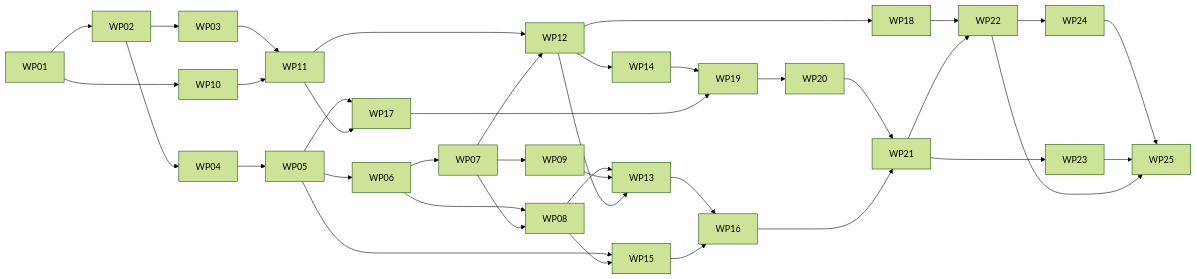
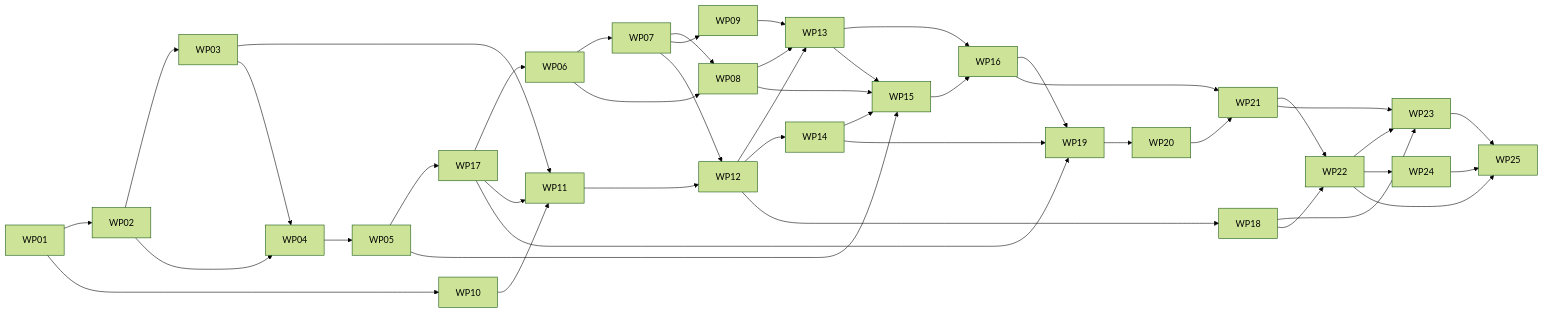
The diagram in kitty-specs/charter-pack-cutover-01M491G6/tasks.md (anushkaanair/spec-kitty), drawn with Mermaid (forest theme) before and after one commit. The commit also changed other lines of this file and 18 other files, not shown here.

````diff
--- a/kitty-specs/charter-pack-cutover-01M491G6/tasks.md
+++ b/kitty-specs/charter-pack-cutover-01M491G6/tasks.md
@@ -454,28 +458,33 @@
 ```mermaid
 graph LR
   WP01 --> WP02 --> WP03 --> WP11
-  WP02 --> WP04 --> WP05 --> WP06 --> WP07
+  WP02 --> WP04 --> WP05 --> WP17 --> WP06 --> WP07
+  WP03 --> WP04
   WP05 --> WP15
   WP06 --> WP08
   WP07 --> WP08
   WP07 --> WP09
   WP01 --> WP10 --> WP11 --> WP12
   WP07 --> WP12
   WP08 --> WP13
   WP09 --> WP13
   WP12 --> WP13
   WP12 --> WP14
   WP08 --> WP15
   WP13 --> WP16
   WP15 --> WP16
-  WP05 --> WP17
-  WP11 --> WP17
+  WP17 --> WP11
+  WP13 --> WP15
+  WP14 --> WP15
+  WP16 --> WP19
+  WP18 --> WP23
+  WP22 --> WP23
   WP12 --> WP18
   WP14 --> WP19
   WP17 --> WP19 --> WP20 --> WP21
   WP16 --> WP21
   WP18 --> WP22
   WP21 --> WP22 --> WP24 --> WP25
   WP21 --> WP23 --> WP25
   WP22 --> WP25
 ```
````
